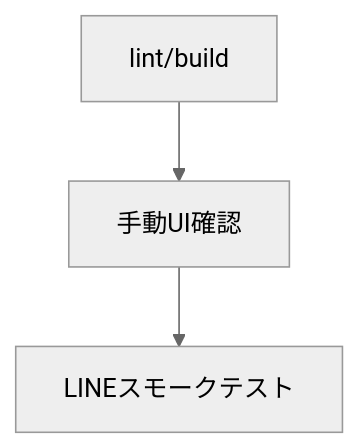
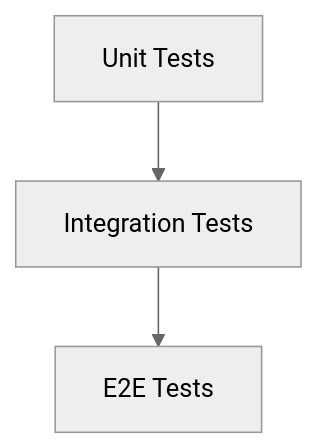
The diagram in wiki/08-テスト戦略.md (lego0509/campus-ai), drawn with Mermaid (neutral theme) before and after one commit. The commit also changed other lines of this file and 36 other files, not shown here.

````diff
--- a/wiki/08-テスト戦略.md
+++ b/wiki/08-テスト戦略.md
@@ -10,5 +10,5 @@
 ```mermaid
 flowchart TD
-  Lint[lint/build] --> Manual[手動UI確認]
-  Manual --> LineTest[LINEスモークテスト]
+  Unit[Unit Tests] --> Integration[Integration Tests]
+  Integration --> E2E[E2E Tests]
 ```
````
